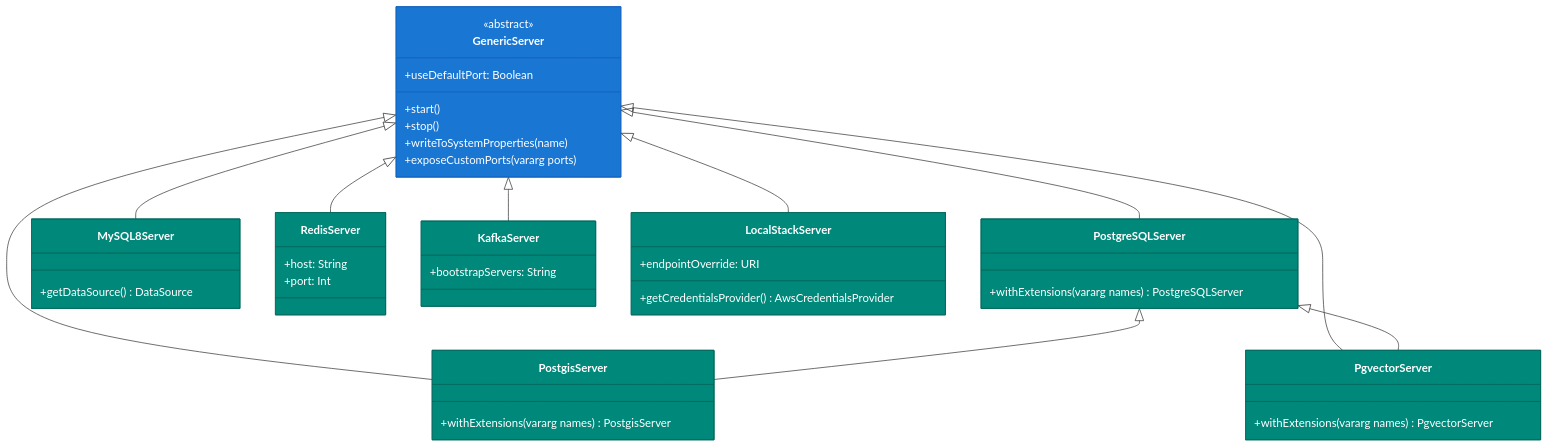
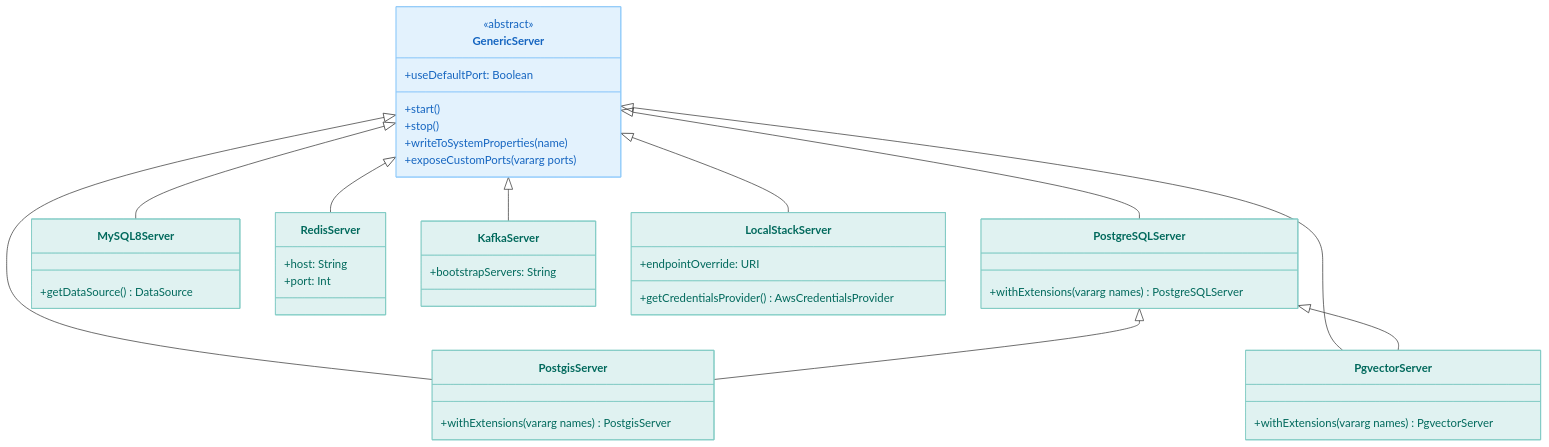
One commit to bluetape4k/bluetape4k-projects changed the second of 4 diagrams in testing/testcontainers/README.md. Above: the diagram before and after it, drawn with Mermaid. The commit also changed other lines of this file and 219 other files, not shown here.

First line of the commit message:
docs: 전체 README Mermaid 다이어그램 가이드 적용

````diff
--- a/testing/testcontainers/README.md
+++ b/testing/testcontainers/README.md
@@ -47,53 +39,53 @@
 ```mermaid
 classDiagram
     class GenericServer {
         <<abstract>>
         +useDefaultPort: Boolean
         +start()
         +stop()
         +writeToSystemProperties(name)
         +exposeCustomPorts(vararg ports)
     }
     class PostgreSQLServer {
         +withExtensions(vararg names) PostgreSQLServer
     }
     class PostgisServer {
         +withExtensions(vararg names) PostgisServer
     }
     class PgvectorServer {
         +withExtensions(vararg names) PgvectorServer
     }
     class MySQL8Server {
         +getDataSource() DataSource
     }
     class RedisServer {
         +host: String
         +port: Int
     }
     class KafkaServer {
         +bootstrapServers: String
     }
     class LocalStackServer {
         +endpointOverride: URI
         +getCredentialsProvider() AwsCredentialsProvider
     }
 
     GenericServer <|-- PostgreSQLServer
     GenericServer <|-- PostgisServer
     GenericServer <|-- PgvectorServer
     GenericServer <|-- MySQL8Server
     GenericServer <|-- RedisServer
     GenericServer <|-- KafkaServer
     GenericServer <|-- LocalStackServer
     PostgreSQLServer <|-- PostgisServer
     PostgreSQLServer <|-- PgvectorServer
 
-    style GenericServer fill:#1976D2,stroke:#1565C0,color:#FFFFFF
-    style PostgreSQLServer fill:#00897B,stroke:#00695C,color:#FFFFFF
-    style PostgisServer fill:#00897B,stroke:#00695C,color:#FFFFFF
-    style PgvectorServer fill:#00897B,stroke:#00695C,color:#FFFFFF
-    style MySQL8Server fill:#00897B,stroke:#00695C,color:#FFFFFF
-    style RedisServer fill:#00897B,stroke:#00695C,color:#FFFFFF
-    style KafkaServer fill:#00897B,stroke:#00695C,color:#FFFFFF
-    style LocalStackServer fill:#00897B,stroke:#00695C,color:#FFFFFF
+    style GenericServer fill:#E3F2FD,stroke:#90CAF9,color:#1565C0
+    style PostgreSQLServer fill:#E0F2F1,stroke:#80CBC4,color:#00695C
+    style PostgisServer fill:#E0F2F1,stroke:#80CBC4,color:#00695C
+    style PgvectorServer fill:#E0F2F1,stroke:#80CBC4,color:#00695C
+    style MySQL8Server fill:#E0F2F1,stroke:#80CBC4,color:#00695C
+    style RedisServer fill:#E0F2F1,stroke:#80CBC4,color:#00695C
+    style KafkaServer fill:#E0F2F1,stroke:#80CBC4,color:#00695C
+    style LocalStackServer fill:#E0F2F1,stroke:#80CBC4,color:#00695C
 ```
````
